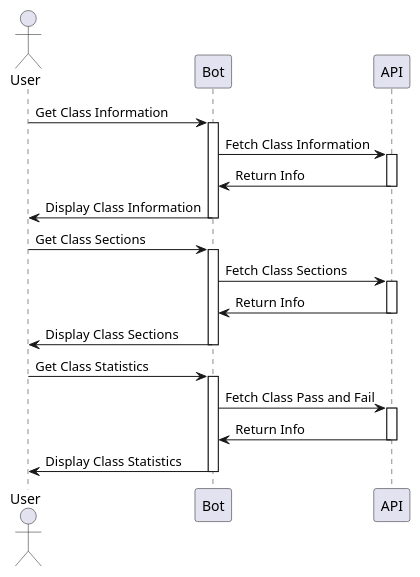
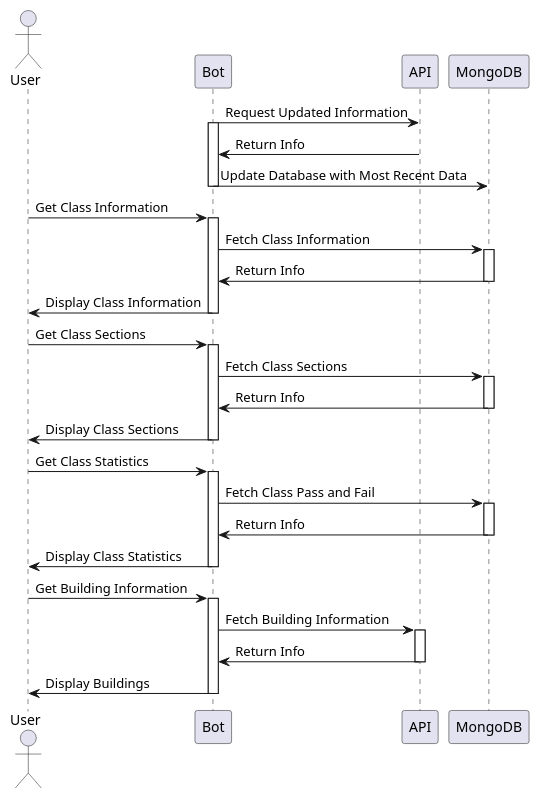
Before and after one commit to nick-elpedes/tsp7-mtu-courses-bot: the diagram in UML/sequence-diagram.plantuml, drawn with PlantUML.

Commit message:
Update UML to show MongoDB

```diff
--- a/UML/sequence-diagram.plantuml
+++ b/UML/sequence-diagram.plantuml
@@ -1,33 +1,49 @@
 @startuml
 Actor User as usr
 
 Participant Bot as bot
 Participant API as api
+Participant MongoDB as mdb
+
+bot -> api: Request Updated Information
+activate bot
+api -> bot: Return Info
+bot -> mdb: Update Database with Most Recent Data
+deactivate bot
 
 usr -> bot: Get Class Information
 activate bot
-bot -> api: Fetch Class Information
-activate api
-api -> bot: Return Info
-deactivate api
+bot -> mdb: Fetch Class Information
+activate mdb
+mdb-> bot: Return Info
+deactivate mdb
 bot -> usr: Display Class Information
 deactivate bot
 
 usr -> bot: Get Class Sections
 activate bot
-bot -> api: Fetch Class Sections
-activate api
-api -> bot: Return Info
-deactivate api
+bot -> mdb: Fetch Class Sections
+activate mdb
+mdb -> bot: Return Info
+deactivate mdb
 bot -> usr: Display Class Sections
 deactivate bot
 
 usr -> bot: Get Class Statistics
 activate bot
-bot -> api: Fetch Class Pass and Fail
-activate api
-api -> bot: Return Info
-deactivate api
+bot -> mdb: Fetch Class Pass and Fail
+activate mdb
+mdb-> bot: Return Info
+deactivate mdb
 bot -> usr: Display Class Statistics
 deactivate bot
+
+usr -> bot: Get Building Information
+activate bot
+bot -> api: Fetch Building Information
+activate api
+api-> bot: Return Info
+deactivate api
+bot -> usr: Display Buildings
+deactivate bot
 @enduml
```
